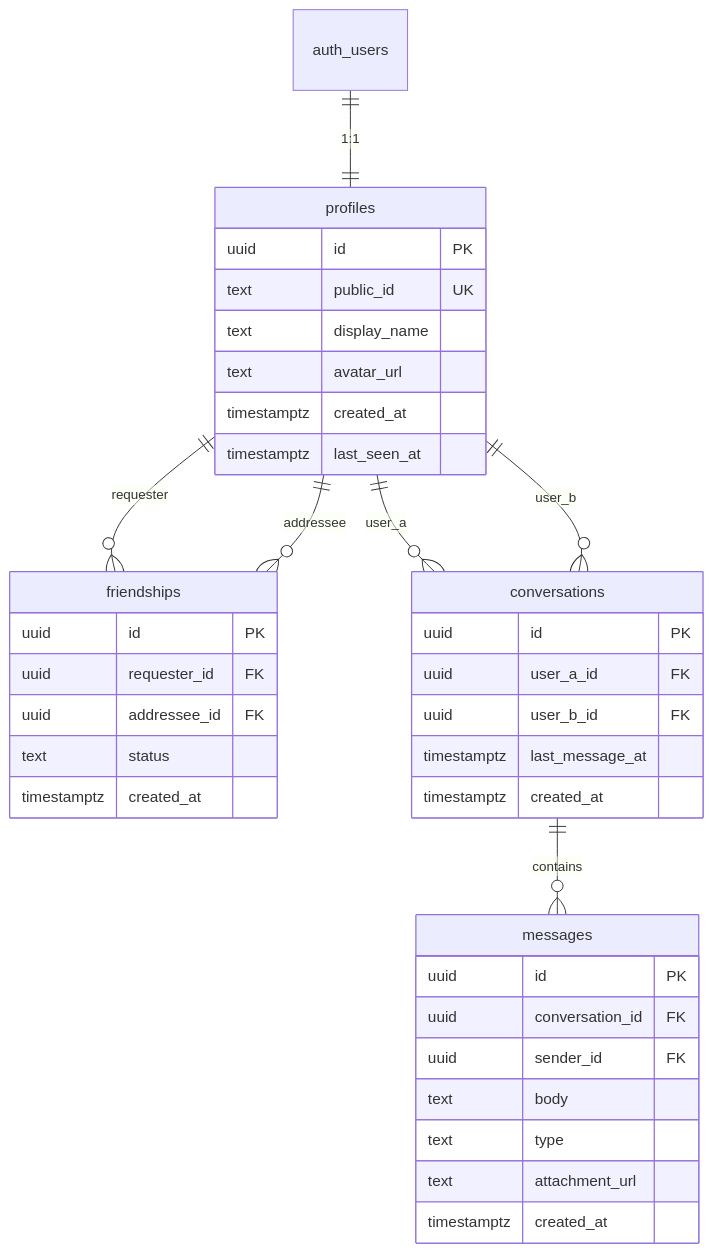
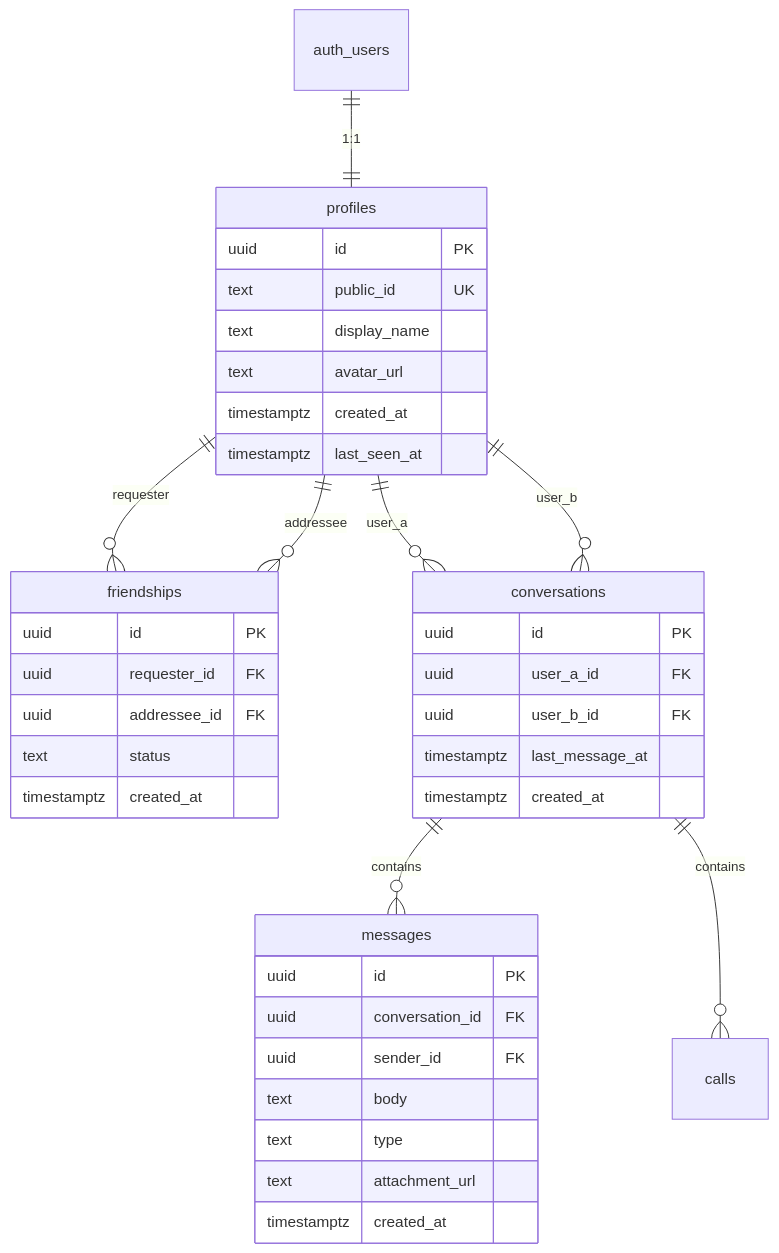
Before and after one commit to mustafafoisol/CallingApp: the diagram in architecture/features/data-model-and-security.md, drawn with Mermaid. The commit also changed other lines of this file and 4 other files, not shown here.

First line of the commit message:
feat(call): restore calls schema with RLS and realtime

````diff
--- a/architecture/features/data-model-and-security.md
+++ b/architecture/features/data-model-and-security.md
@@ -7,44 +7,45 @@
 ```mermaid
 erDiagram
   auth_users ||--|| profiles : "1:1"
   profiles ||--o{ friendships : "requester"
   profiles ||--o{ friendships : "addressee"
   profiles ||--o{ conversations : "user_a"
   profiles ||--o{ conversations : "user_b"
   conversations ||--o{ messages : contains
+  conversations ||--o{ calls : contains
 
   profiles {
     uuid id PK
     text public_id UK
     text display_name
     text avatar_url
     timestamptz created_at
     timestamptz last_seen_at
   }
 
   friendships {
     uuid id PK
     uuid requester_id FK
     uuid addressee_id FK
     text status
     timestamptz created_at
   }
 
   conversations {
     uuid id PK
     uuid user_a_id FK
     uuid user_b_id FK
     timestamptz last_message_at
     timestamptz created_at
   }
 
   messages {
     uuid id PK
     uuid conversation_id FK
     uuid sender_id FK
     text body
     text type
     text attachment_url
     timestamptz created_at
   }
 ```
````
